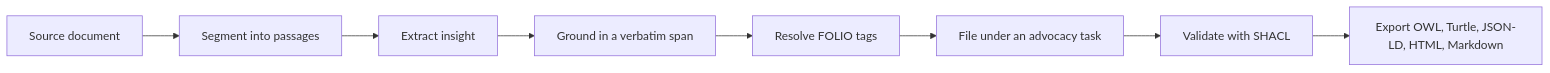
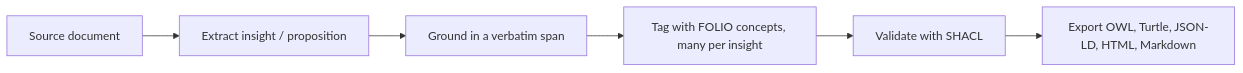
The diagram in README.md (alea-institute/folio-insights), drawn with Mermaid before and after one commit. The commit also changed other lines of this file, not shown here.

First line of the commit message:
docs(readme): flatten to propositions tagged across FOLIO branches

````diff
--- a/README.md
+++ b/README.md
@@ -9,10 +9,8 @@
 ```mermaid
 flowchart LR
-    A[Source document] --> B[Segment into passages]
-    B --> C[Extract insight]
-    C --> D[Ground in a verbatim span]
-    D --> E[Resolve FOLIO tags]
-    E --> F[File under an advocacy task]
-    F --> G[Validate with SHACL]
-    G --> H[Export OWL, Turtle, JSON-LD, HTML, Markdown]
+    A[Source document] --> B[Extract insight / proposition]
+    B --> C[Ground in a verbatim span]
+    C --> D[Tag with FOLIO concepts, many per insight]
+    D --> E[Validate with SHACL]
+    E --> F[Export OWL, Turtle, JSON-LD, HTML, Markdown]
 ```
````
